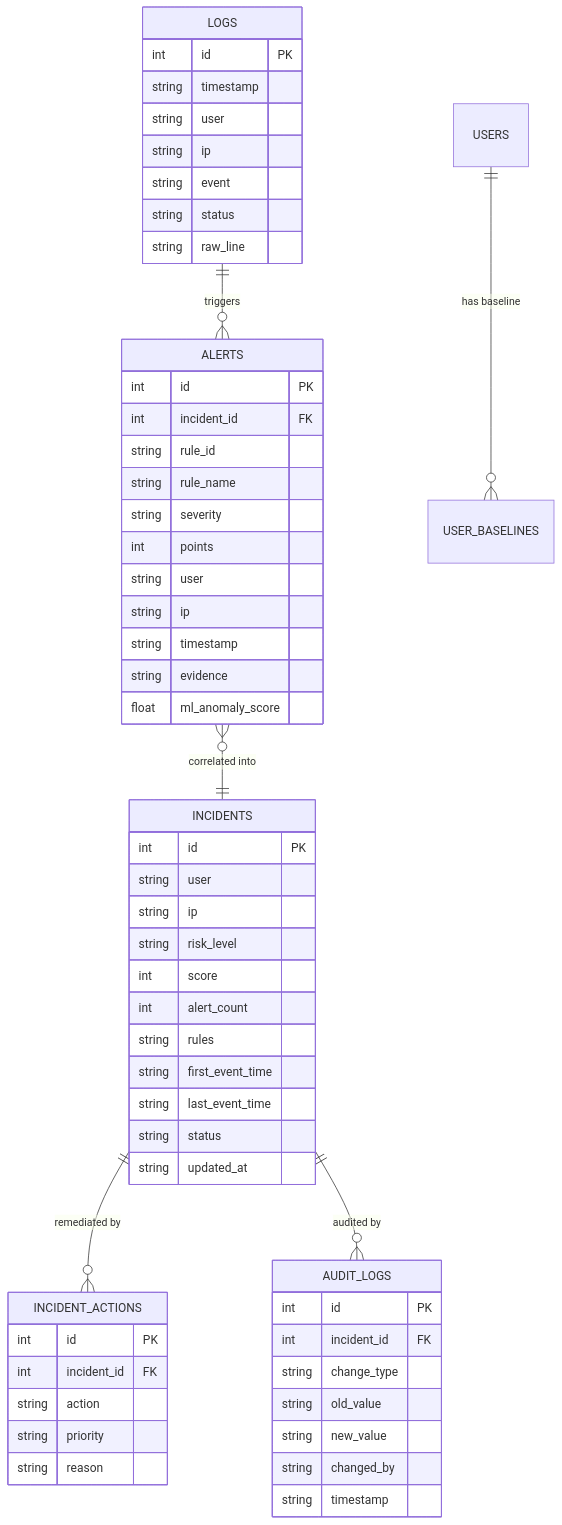
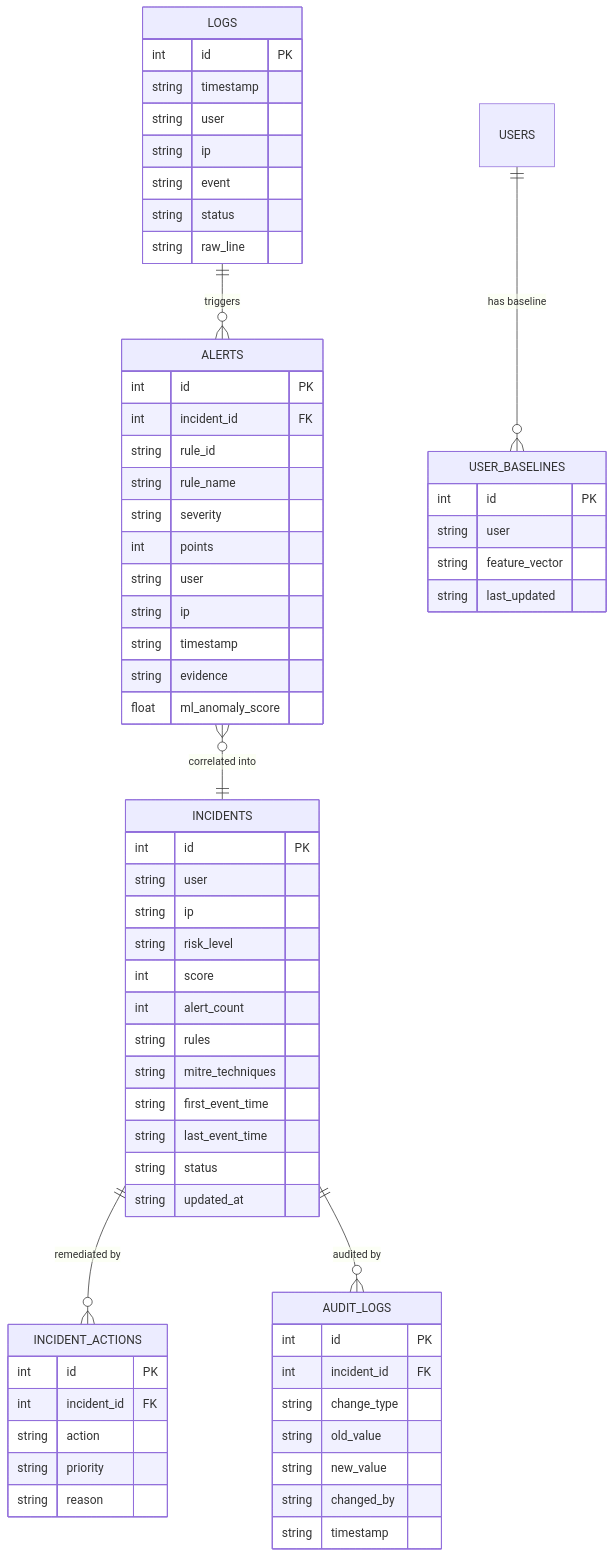
One commit to Anshika-17a/Log_analyzer changed the second of 2 diagrams in ARCHITECTURE_AND_WORKFLOW.md. Above: the diagram before and after it, drawn with Mermaid. The commit also changed other lines of this file and 23 other files, not shown here.

Commit message:
feat: Phase 13 — One-Click Live Attack Simulation Demo, animated terminal ticker, auto-open attack graph, updated ARCHITECTURE docs

````diff
--- a/ARCHITECTURE_AND_WORKFLOW.md
+++ b/ARCHITECTURE_AND_WORKFLOW.md
@@ -219,64 +291,72 @@
 ```mermaid
 erDiagram
     LOGS ||--o{ ALERTS : "triggers"
     ALERTS }o--|| INCIDENTS : "correlated into"
     INCIDENTS ||--o{ INCIDENT_ACTIONS : "remediated by"
     INCIDENTS ||--o{ AUDIT_LOGS : "audited by"
     USERS ||--o{ USER_BASELINES : "has baseline"
 
     LOGS {
         int id PK
         string timestamp
         string user
         string ip
         string event
         string status
         string raw_line
     }
 
     ALERTS {
         int id PK
         int incident_id FK
         string rule_id
         string rule_name
         string severity
         int points
         string user
         string ip
         string timestamp
         string evidence
         float ml_anomaly_score
     }
 
     INCIDENTS {
         int id PK
         string user
         string ip
         string risk_level
         int score
         int alert_count
         string rules
+        string mitre_techniques
         string first_event_time
         string last_event_time
         string status
         string updated_at
     }
 
     INCIDENT_ACTIONS {
         int id PK
         int incident_id FK
         string action
         string priority
         string reason
     }
 
     AUDIT_LOGS {
         int id PK
         int incident_id FK
         string change_type
         string old_value
         string new_value
         string changed_by
         string timestamp
     }
+
+    USER_BASELINES {
+        int id PK
+        string user
+        string feature_vector
+        string last_updated
+    }
 ```
````
